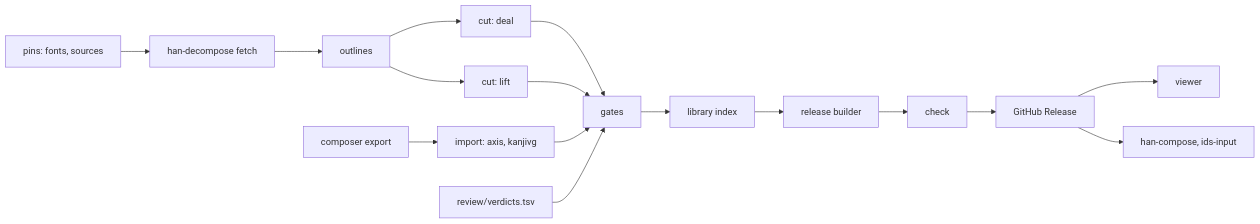
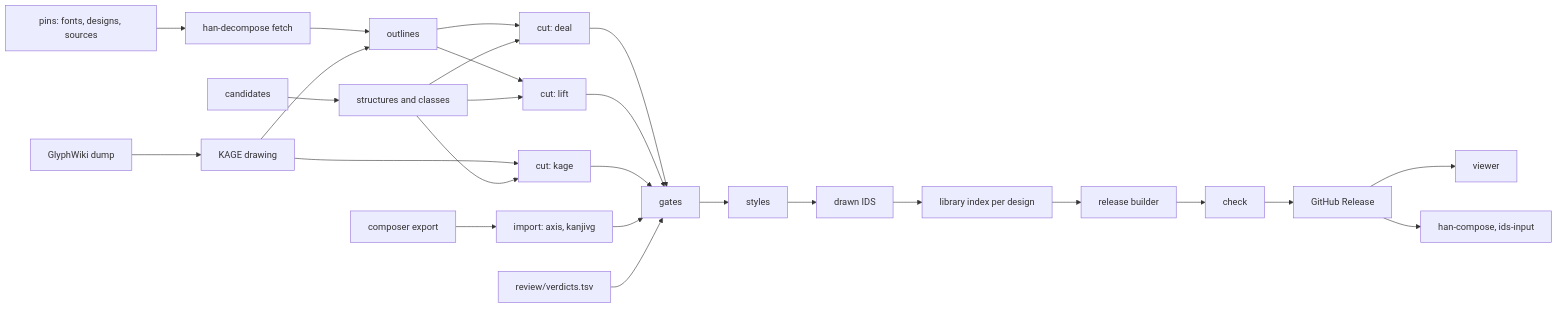
One commit to mkpoli/han-decompose changed the diagram in docs/design.md. Above: the diagram before and after it, drawn with Mermaid. The commit also changed other lines of this file and 3 other files, not shown here.

Commit message:
docs: design format 2 around font-fitted structures

````diff
--- a/docs/design.md
+++ b/docs/design.md
@@ -263,18 +460,28 @@
 ```mermaid
 flowchart LR
-  pins["pins: fonts, sources"] --> fetch["han-decompose fetch"]
+  pins["pins: fonts, designs, sources"] --> fetch["han-decompose fetch"]
+  corpus["candidates"] --> structures["structures and classes"]
   fetch --> outlines["outlines"]
+  glyphwiki["GlyphWiki dump"] --> render["KAGE drawing"]
+  render --> outlines
+  render --> kage["cut: kage"]
   outlines --> deal["cut: deal"]
   outlines --> lift["cut: lift"]
+  structures --> deal
+  structures --> lift
+  structures --> kage
   export["composer export"] --> imp["import: axis, kanjivg"]
   deal --> gate["gates"]
   lift --> gate
+  kage --> gate
   imp --> gate
   verdicts["review/verdicts.tsv"] --> gate
-  gate --> index["library index"]
+  gate --> styles["styles"]
+  styles --> drawn["drawn IDS"]
+  drawn --> index["library index per design"]
   index --> out["release builder"]
   out --> check["check"]
   check --> release["GitHub Release"]
   release --> site["viewer"]
   release --> consumers["han-compose, ids-input"]
 ```
````
